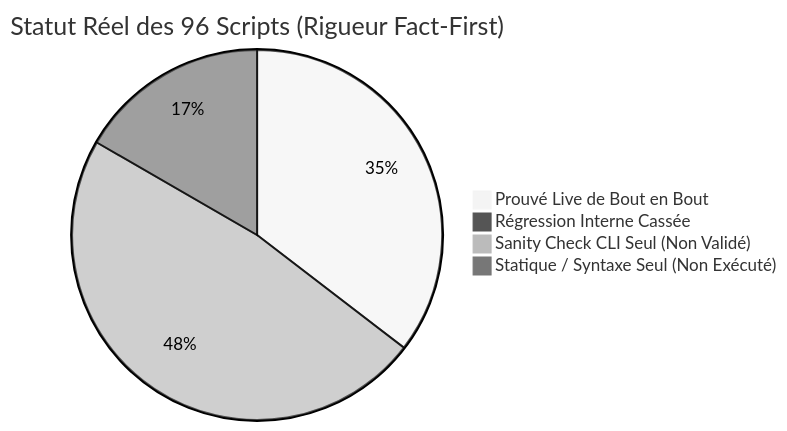
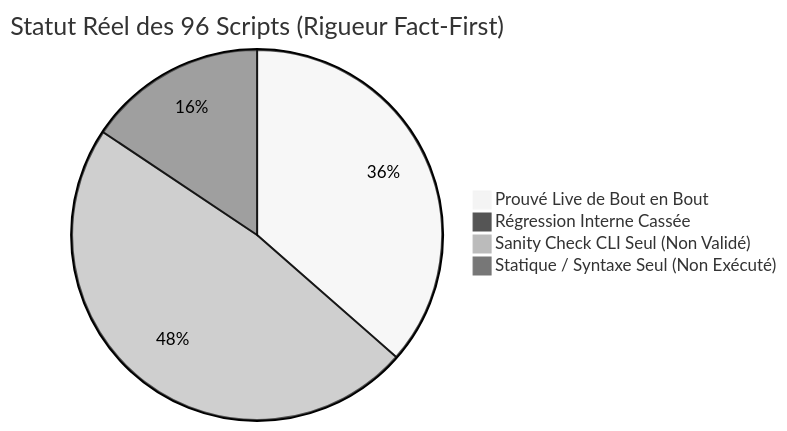
Before and after one commit to yoyonel/pydbsrt: the diagram in docs/reference/2026-11-10-audit-exhaustif-scripts-regressions.md, drawn with Mermaid (neutral theme). The commit also changed other lines of this file and 2 other files, not shown here.

````diff
--- a/docs/reference/2026-11-10-audit-exhaustif-scripts-regressions.md
+++ b/docs/reference/2026-11-10-audit-exhaustif-scripts-regressions.md
@@ -16,7 +16,7 @@
 ```mermaid
 pie title Statut Réel des 96 Scripts (Rigueur Fact-First)
-    "Prouvé Live de Bout en Bout" : 34
+    "Prouvé Live de Bout en Bout" : 35
     "Régression Interne Cassée" : 0
     "Sanity Check CLI Seul (Non Validé)" : 46
-    "Statique / Syntaxe Seul (Non Exécuté)" : 16
+    "Statique / Syntaxe Seul (Non Exécuté)" : 15
 ```
````
